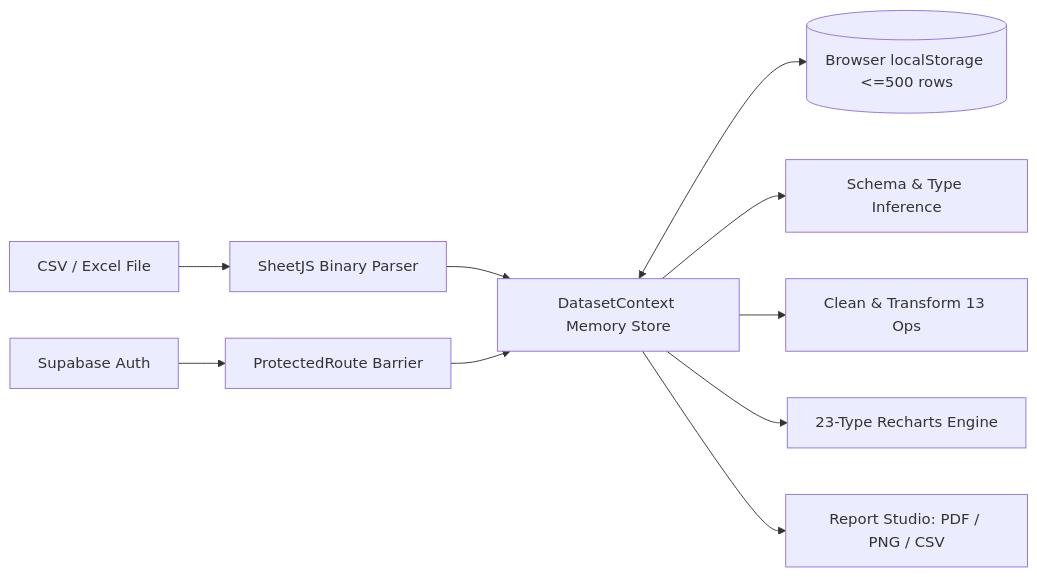
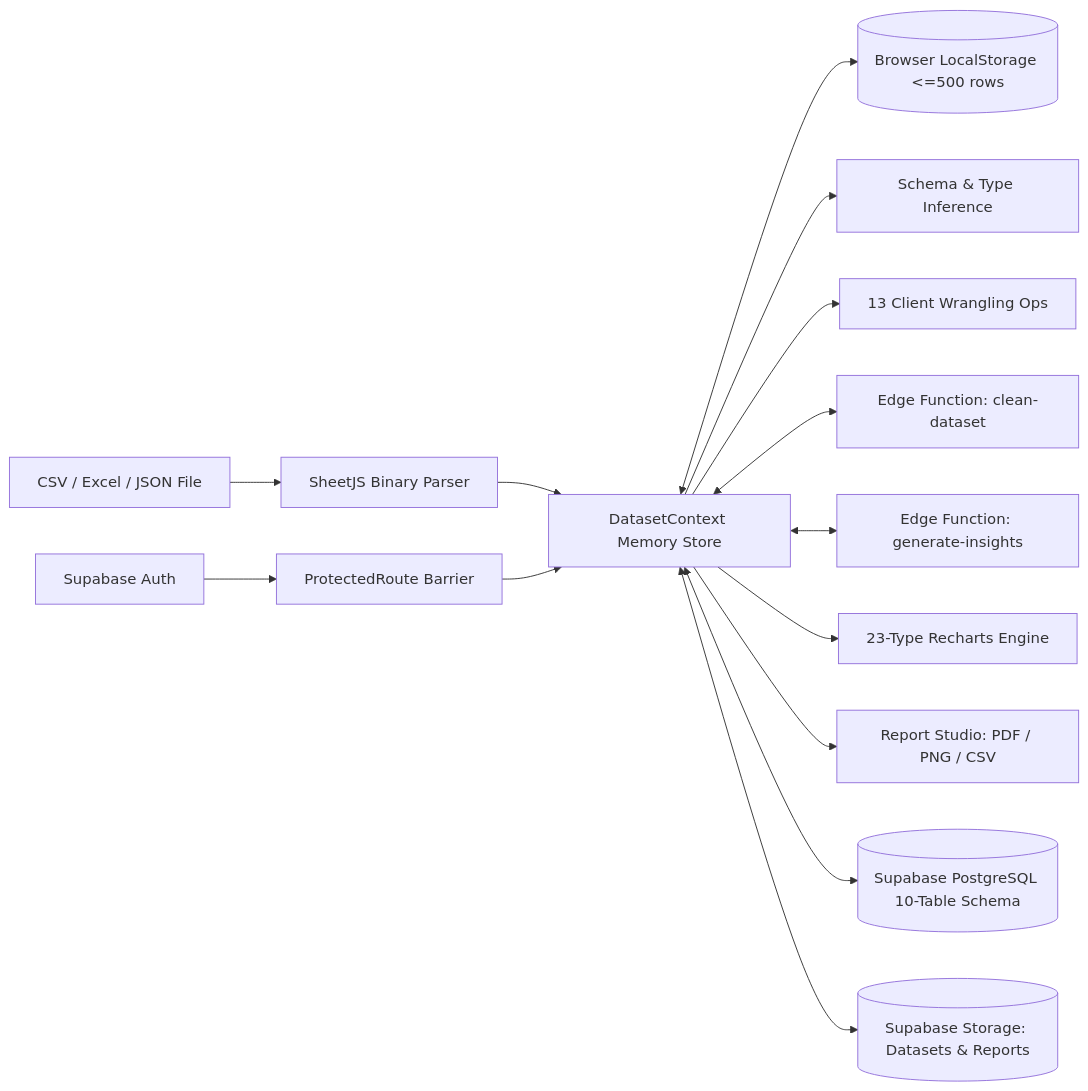
The first of 5 diagrams in documentation/SRS.md (tanaydas-mopo/DataVista), drawn with Mermaid before and after one commit. The commit also changed other lines of this file and 27 other files, not shown here.

````diff
--- a/documentation/SRS.md
+++ b/documentation/SRS.md
@@ -65,12 +73,16 @@
 ```mermaid
 flowchart LR
-    File[CSV / Excel File] --> Ingest[SheetJS Binary Parser]
+    File[CSV / Excel / JSON File] --> Ingest[SheetJS Binary Parser]
     Ingest --> Ctx[DatasetContext Memory Store]
-    Ctx <--> Cache[(Browser localStorage <=500 rows)]
+    Ctx <--> Cache[(Browser LocalStorage <=500 rows)]
     Ctx --> Schema[Schema & Type Inference]
-    Ctx --> Wrangle[Clean & Transform 13 Ops]
+    Ctx --> Wrangle[13 Client Wrangling Ops]
+    Ctx <--> EdgeClean[Edge Function: clean-dataset]
+    Ctx <--> EdgeInsights[Edge Function: generate-insights]
     Ctx --> ChartEngine[23-Type Recharts Engine]
     Ctx --> Exporter[Report Studio: PDF / PNG / CSV]
     Auth[Supabase Auth] --> Guard[ProtectedRoute Barrier]
     Guard --> Ctx
+    Ctx <--> SupaDB[(Supabase PostgreSQL 10-Table Schema)]
+    Ctx <--> SupaStorage[(Supabase Storage: Datasets & Reports)]
 ```
````
